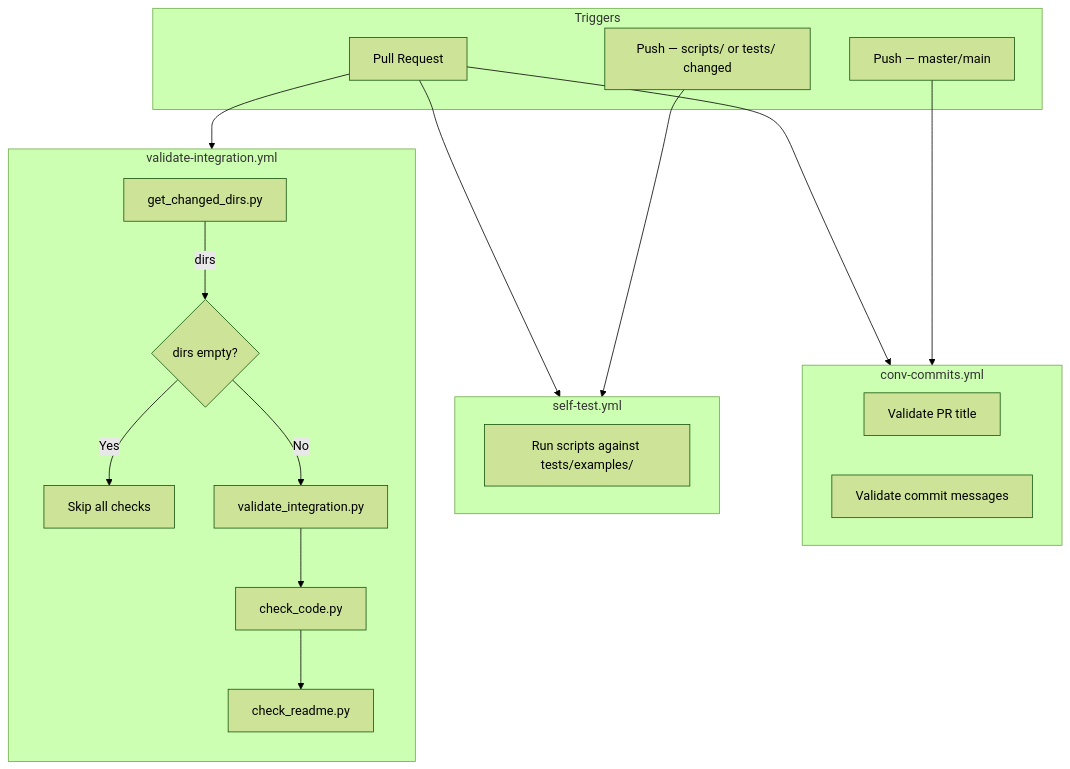
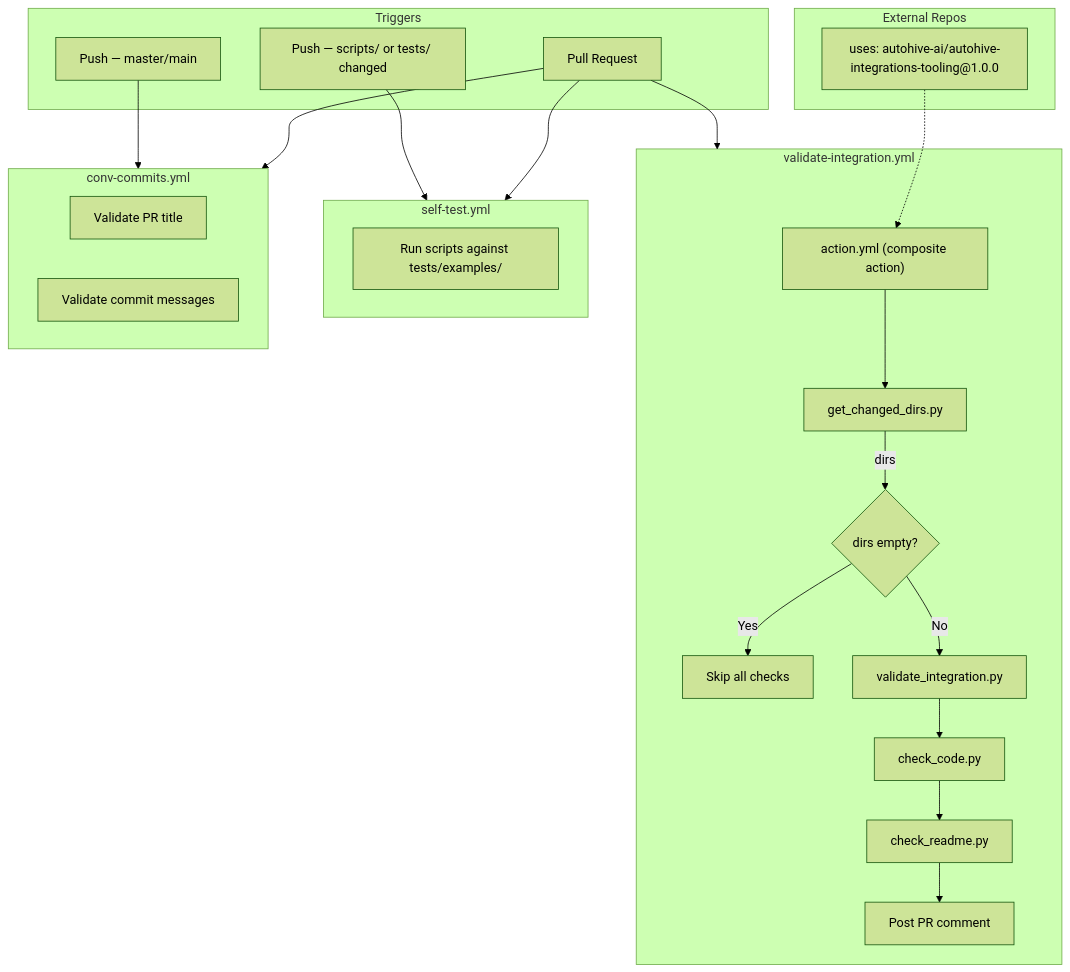
The diagram in README.md (Autohive-AI/autohive-integrations-tooling), drawn with Mermaid (forest theme) before and after one commit. The commit also changed other lines of this file and 2 other files, not shown here.

Commit message:
docs: document composite action, PR comments, and cross-repo usage (#15)

````diff
--- a/README.md
+++ b/README.md
@@ -29,33 +30,39 @@
 ```mermaid
 flowchart TB
     subgraph triggers["Triggers"]
         PR["Pull Request"]
         PUSH_SCRIPTS["Push — scripts/ or tests/ changed"]
         PUSH_MAIN["Push — master/main"]
     end
 
     subgraph wf1["validate-integration.yml"]
-        direction TB
-        GCD[get_changed_dirs.py]
+        ACTION["action.yml (composite action)"]
+        ACTION --> GCD[get_changed_dirs.py]
         GCD -->|dirs| COND{dirs empty?}
         COND -->|Yes| SKIP[Skip all checks]
         COND -->|No| VI[validate_integration.py]
         VI --> CC[check_code.py]
         CC --> CR[check_readme.py]
+        CR --> CMT_POST[Post PR comment]
     end
 
     subgraph wf2["self-test.yml"]
         ST[Run scripts against tests/examples/]
     end
 
     subgraph wf3["conv-commits.yml"]
         PRT[Validate PR title]
         CMT[Validate commit messages]
     end
 
+    subgraph external["External Repos"]
+        EXT["uses: autohive-ai/autohive-integrations-tooling@1.0.0"]
+    end
+
     PR --> wf1
     PR --> wf2
     PR --> wf3
     PUSH_SCRIPTS --> wf2
     PUSH_MAIN --> wf3
+    EXT -.-> ACTION
 ```
````
